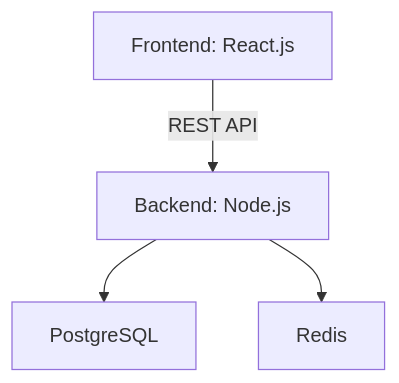
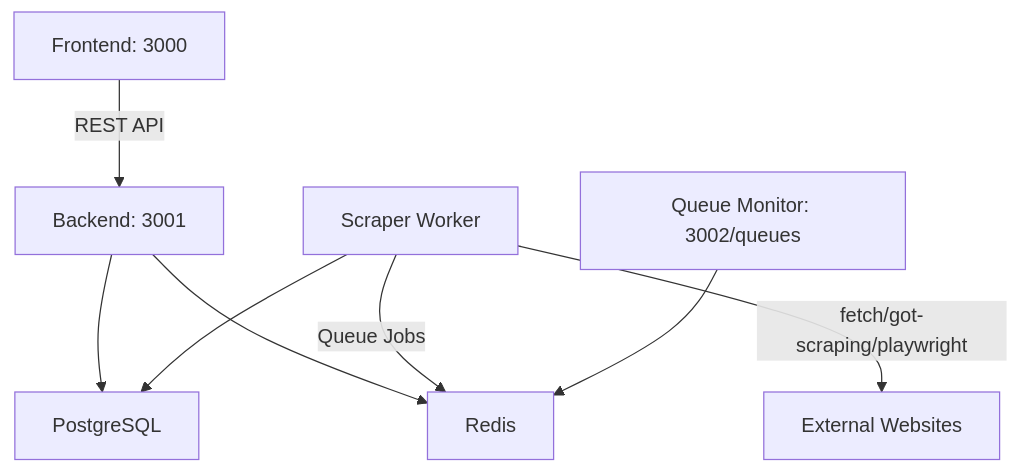
Before and after one commit to onknight05/media-scraper: the diagram in README.md, drawn with Mermaid. The commit also changed other lines of this file and 2 other files, not shown here.

````diff
--- a/README.md
+++ b/README.md
@@ -19,6 +27,11 @@
 ```mermaid
 graph TD
-    A[Frontend: React.js] -- REST API --> B[Backend: Node.js]
+    A[Frontend: 3000] -- REST API --> B[Backend: 3001]
     B --> C[PostgreSQL]
     B --> D[Redis]
+    E[Scraper Worker]
+    E -- Queue Jobs --> D
+    E -- fetch/got-scraping/playwright --> F[External Websites]
+    E --> C
+    G[Queue Monitor: 3002/queues] --> D
 ```
````
